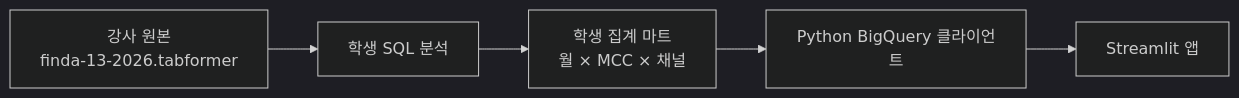
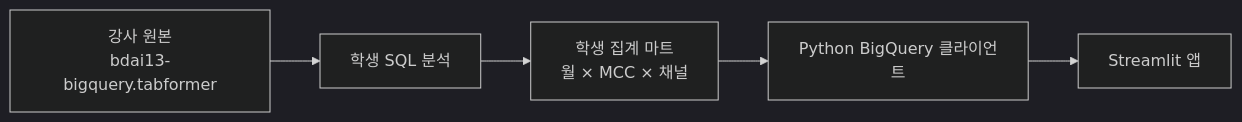
Before and after one commit to Eunjung-Cho/bdai13-bigquery: the first of 2 diagrams in docs/reference/dashboard-connection.md, drawn with Mermaid (dark theme). The commit also changed other lines of this file and 33 other files, not shown here.

First line of the commit message:
Switch source project to bdai13-bigquery and fix users income column

````diff
--- a/docs/reference/dashboard-connection.md
+++ b/docs/reference/dashboard-connection.md
@@ -12,7 +12,7 @@
 ```mermaid
 flowchart LR
-    R["강사 원본<br/>finda-13-2026.tabformer"] --> S[학생 SQL 분석]
+    R["강사 원본<br/>bdai13-bigquery.tabformer"] --> S[학생 SQL 분석]
     S --> M["학생 집계 마트<br/>월 × MCC × 채널"]
     M --> P[Python BigQuery 클라이언트]
     P --> A[Streamlit 앱]
 ```
````
